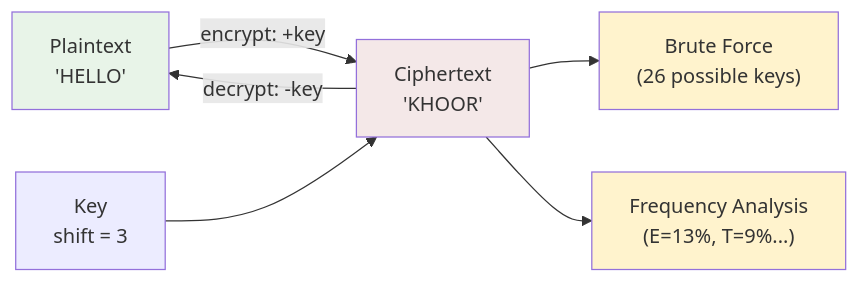
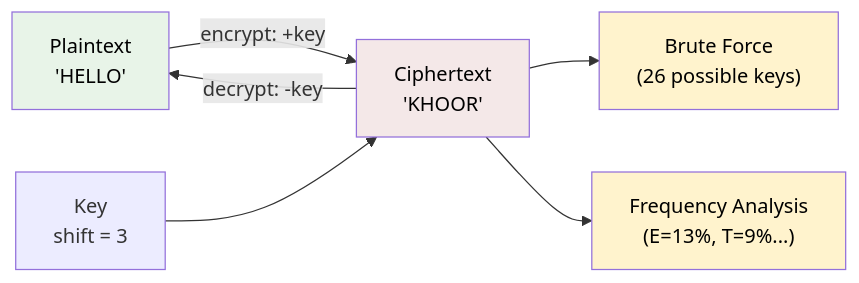
Before and after one commit to csoares/SecurityJava: the third of 19 diagrams in README.md, drawn with Mermaid. The commit also changed other lines of this file, not shown here.

Commit message:
Add explicit text color to all Mermaid node style declarations All fill-colored nodes now have color:#000000 set explicitly, ensuring readable text contrast regardless of GitHub's theme.

````diff
--- a/README.md
+++ b/README.md
@@ -98,19 +98,19 @@
 ```mermaid
 flowchart LR
     P["Plaintext<br/>'HELLO'"]
     K["Key<br/>shift = 3"]
     C["Ciphertext<br/>'KHOOR'"]
     A["Brute Force<br/>(26 possible keys)"]
     F["Frequency Analysis<br/>(E=13%, T=9%...)"]
 
     P -->|"encrypt: +key"| C
     K --> C
     C -->|"decrypt: -key"| P
     C --> A
     C --> F
 
-    style P fill:#e8f4e8
-    style C fill:#f4e8e8
-    style A fill:#fff3cd
-    style F fill:#fff3cd
+    style P fill:#e8f4e8,color:#000000
+    style C fill:#f4e8e8,color:#000000
+    style A fill:#fff3cd,color:#000000
+    style F fill:#fff3cd,color:#000000
 ```
````
